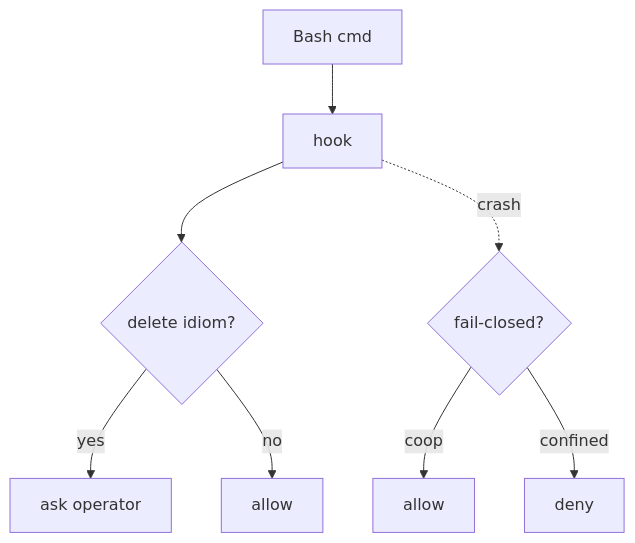
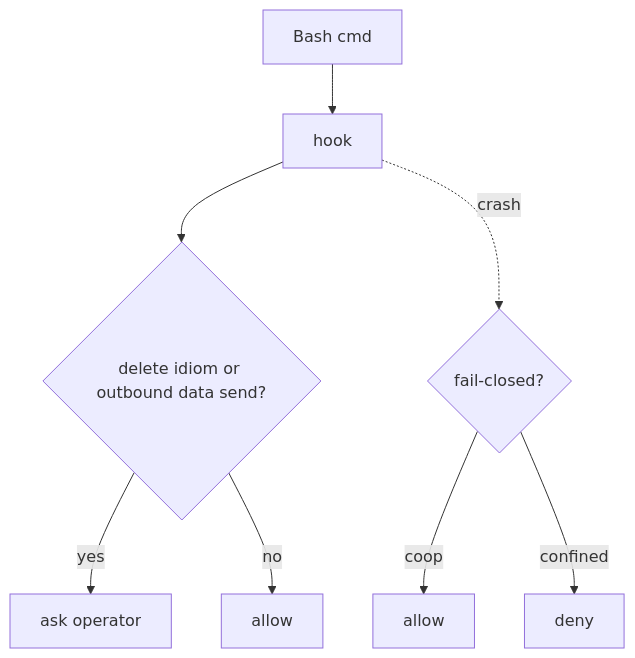
The diagram in docs_src/agentteams-sandboxing-guide/for-developers/part-v-wiring-and-enforcement.md (jlcatonjr/agentteams), drawn with Mermaid before and after one commit. The commit also changed 54 other files, not shown here.

First line of the commit message:
security: derived content stays data; gate outbound data sends; fix gate ReDoS

````diff
--- a/docs_src/agentteams-sandboxing-guide/for-developers/part-v-wiring-and-enforcement.md
+++ b/docs_src/agentteams-sandboxing-guide/for-developers/part-v-wiring-and-enforcement.md
@@ -34,10 +34,10 @@
 ```mermaid
 flowchart TD
     CMD[Bash cmd] --> H[hook]
-    H --> M{delete idiom?}
+    H --> M{delete idiom or outbound data send?}
     M -->|yes| ASK[ask operator]
     M -->|no| OK[allow]
     H -.crash.-> FC{fail-closed?}
     FC -->|coop| OK2[allow]
     FC -->|confined| DENY[deny]
 ```
````
